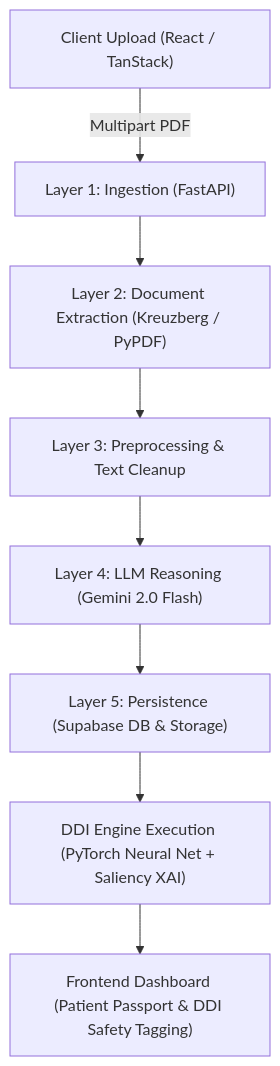
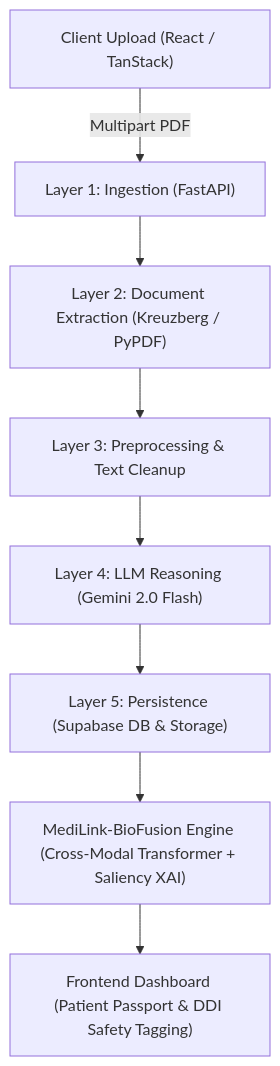
The first of 3 diagrams in TECHNICAL_ARCHITECTURE_AND_KNOWLEDGE.md (AryanGusain-dev/MediLink-AI), drawn with Mermaid before and after one commit. The commit also changed other lines of this file and 41 other files, not shown here.

Commit message:
feat(ddi): implement MediLink-BioFusion transformer, dual-stream XAI suite, specifications and comprehensive comparative benchmarks

````diff
--- a/TECHNICAL_ARCHITECTURE_AND_KNOWLEDGE.md
+++ b/TECHNICAL_ARCHITECTURE_AND_KNOWLEDGE.md
@@ -87,10 +92,10 @@
 ```mermaid
 graph TD
     A["Client Upload (React / TanStack)"] -->|Multipart PDF| B["Layer 1: Ingestion (FastAPI)"]
     B --> C["Layer 2: Document Extraction (Kreuzberg / PyPDF)"]
     C --> D["Layer 3: Preprocessing & Text Cleanup"]
     D --> E["Layer 4: LLM Reasoning (Gemini 2.0 Flash)"]
     E --> F["Layer 5: Persistence (Supabase DB & Storage)"]
-    F --> G["DDI Engine Execution (PyTorch Neural Net + Saliency XAI)"]
+    F --> G["MediLink-BioFusion Engine (Cross-Modal Transformer + Saliency XAI)"]
     G --> H["Frontend Dashboard (Patient Passport & DDI Safety Tagging)"]
 ```
````
